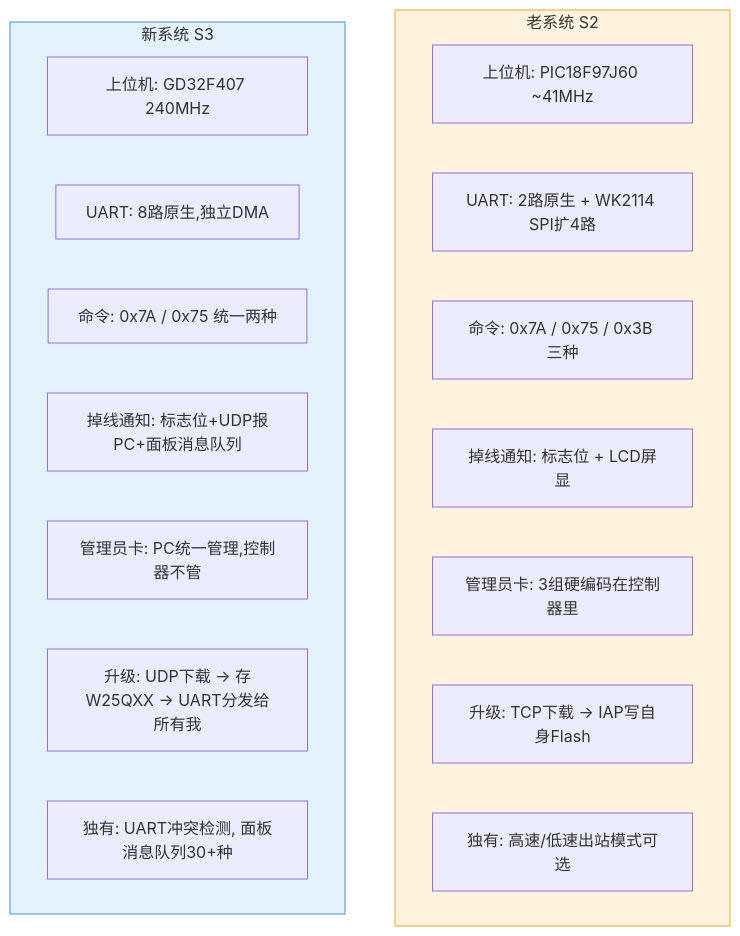
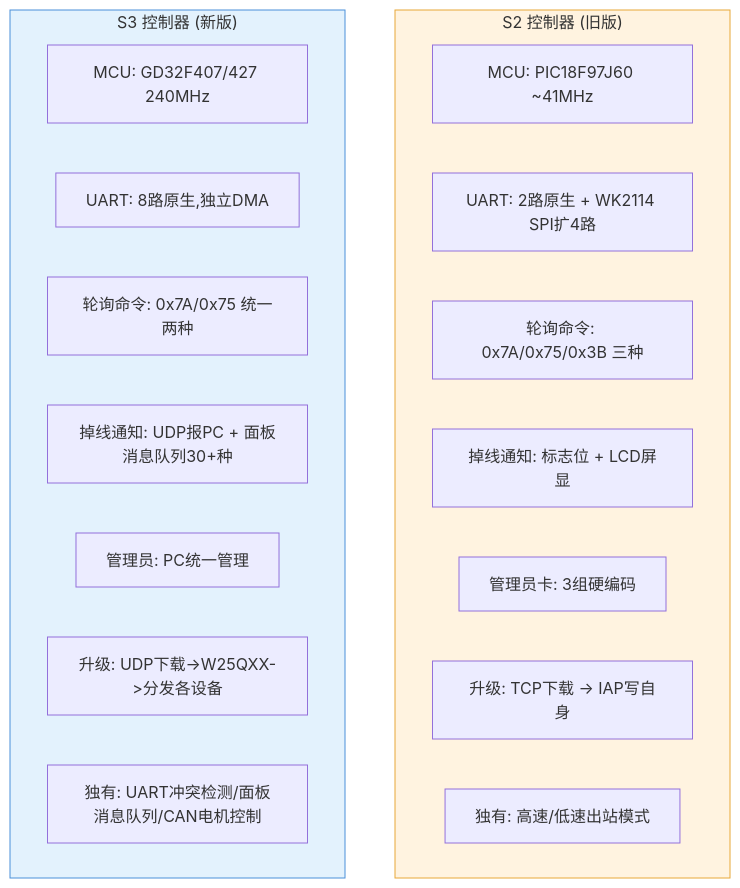
Before and after one commit to Siaiai/ObsidianNote: diagram 15 of 17 in 工作/SR3读卡器/260802SR3读卡器需求.md, drawn with Mermaid. The commit also changed other lines of this file, not shown here.

````diff
--- a/工作/SR3读卡器/260802SR3读卡器需求.md
+++ b/工作/SR3读卡器/260802SR3读卡器需求.md
@@ -502,25 +755,25 @@
 ```mermaid
 flowchart TD
-    subgraph S2[老系统 S2]
-        S2_MCU[上位机: PIC18F97J60 ~41MHz]
-        S2_UART[UART: 2路原生 + WK2114 SPI扩4路]
-        S2_Cmd[命令: 0x7A / 0x75 / 0x3B 三种]
-        S2_Alert[掉线通知: 标志位 + LCD屏显]
-        S2_Admin[管理员卡: 3组硬编码在控制器里]
-        S2_Update[升级: TCP下载 -> IAP写自身Flash]
-        S2_Extra[独有: 高速/低速出站模式可选]
+    subgraph S2["S2 控制器 (旧版)"]
+        S2_MCU["MCU: PIC18F97J60 ~41MHz"]
+        S2_UART["UART: 2路原生 + WK2114 SPI扩4路"]
+        S2_CMD["轮询命令: 0x7A/0x75/0x3B 三种"]
+        S2_Alert["掉线通知: 标志位 + LCD屏显"]
+        S2_Admin["管理员卡: 3组硬编码"]
+        S2_Update["升级: TCP下载 -> IAP写自身"]
+        S2_Extra["独有: 高速/低速出站模式"]
     end
 
-    subgraph S3[新系统 S3]
-        S3_MCU[上位机: GD32F407 240MHz]
-        S3_UART[UART: 8路原生,独立DMA]
-        S3_Cmd[命令: 0x7A / 0x75 统一两种]
-        S3_Alert[掉线通知: 标志位+UDP报PC+面板消息队列]
-        S3_Admin[管理员卡: PC统一管理,控制器不管]
-        S3_Update[升级: UDP下载 -> 存W25QXX -> UART分发给所有我]
-        S3_Extra[独有: UART冲突检测, 面板消息队列30+种]
+    subgraph S3["S3 控制器 (新版)"]
+        S3_MCU["MCU: GD32F407/427 240MHz"]
+        S3_UART["UART: 8路原生,独立DMA"]
+        S3_CMD["轮询命令: 0x7A/0x75 统一两种"]
+        S3_Alert["掉线通知: UDP报PC + 面板消息队列30+种"]
+        S3_Admin["管理员: PC统一管理"]
+        S3_Update["升级: UDP下载->W25QXX->分发各设备"]
+        S3_Extra["独有: UART冲突检测/面板消息队列/CAN电机控制"]
     end
 
     style S2 fill:#fff3e0,stroke:#E8A838
     style S3 fill:#e3f2fd,stroke:#4A90D9
 ```
````
